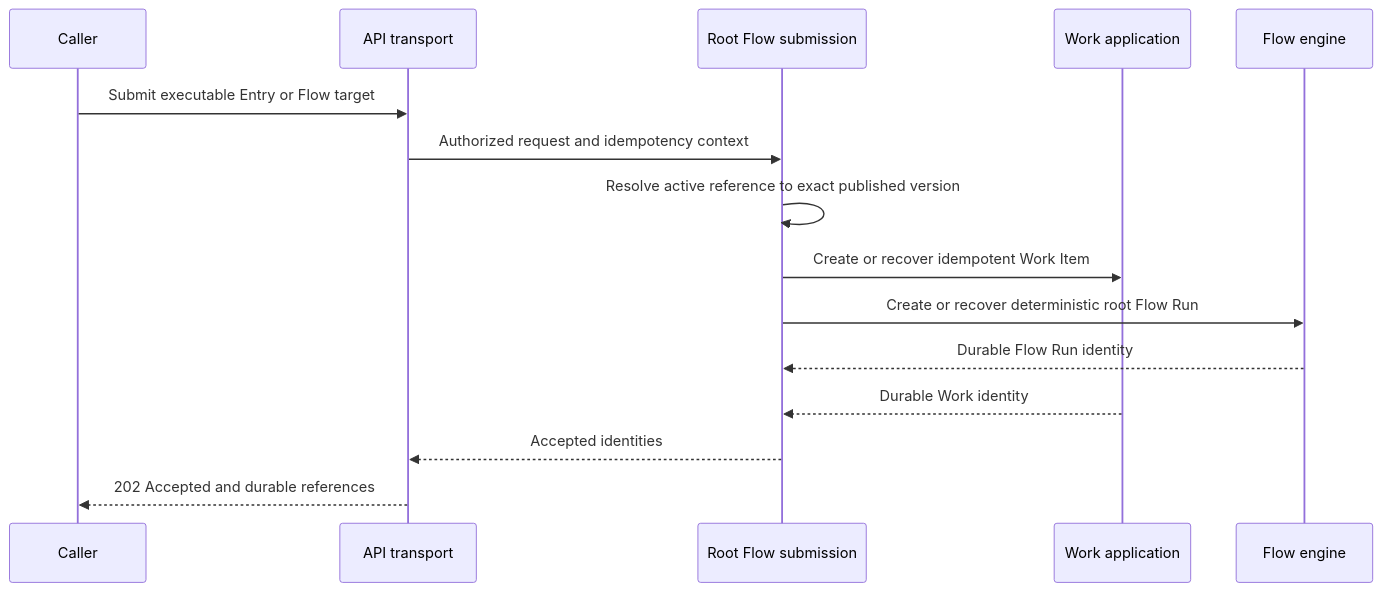
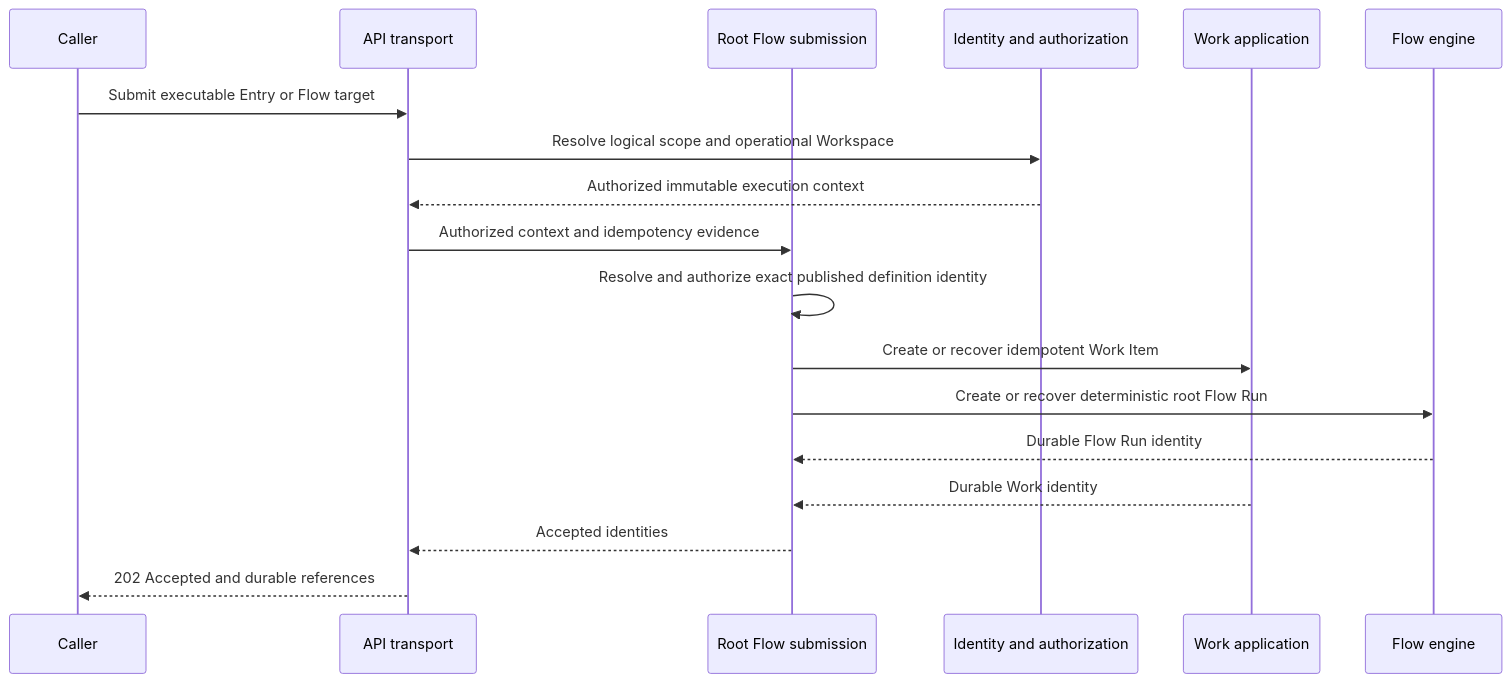
Before and after one commit to gbaudrit/agentstration: the first of 6 diagrams in docs/architecture/runtime/dynamic-views.md, drawn with Mermaid. The commit also changed other lines of this file and 8 other files, not shown here.

Commit message:
docs(architecture): reconcile hierarchical resource access

````diff
--- a/docs/architecture/runtime/dynamic-views.md
+++ b/docs/architecture/runtime/dynamic-views.md
@@ -9,17 +9,20 @@
 ```mermaid
 sequenceDiagram
     participant Caller
     participant API as API transport
     participant Submit as Root Flow submission
+    participant Identity as Identity and authorization
     participant Work as Work application
     participant Flow as Flow engine
     Caller->>API: Submit executable Entry or Flow target
-    API->>Submit: Authorized request and idempotency context
-    Submit->>Submit: Resolve active reference to exact published version
+    API->>Identity: Resolve logical scope and operational Workspace
+    Identity-->>API: Authorized immutable execution context
+    API->>Submit: Authorized context and idempotency evidence
+    Submit->>Submit: Resolve and authorize exact published definition identity
     Submit->>Work: Create or recover idempotent Work Item
     Submit->>Flow: Create or recover deterministic root Flow Run
     Flow-->>Submit: Durable Flow Run identity
     Work-->>Submit: Durable Work identity
     Submit-->>API: Accepted identities
     API-->>Caller: 202 Accepted and durable references
 ```
````
